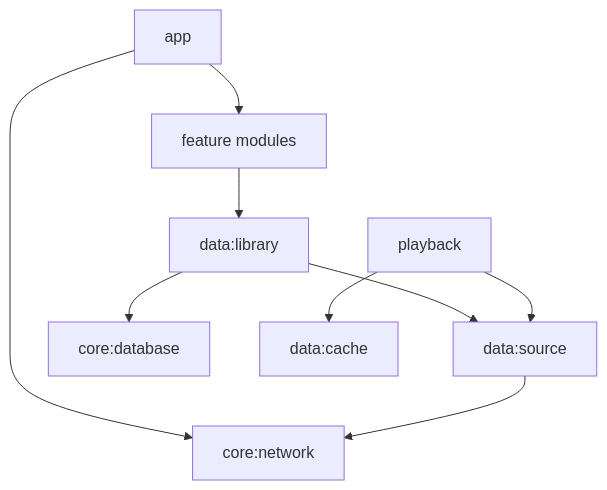
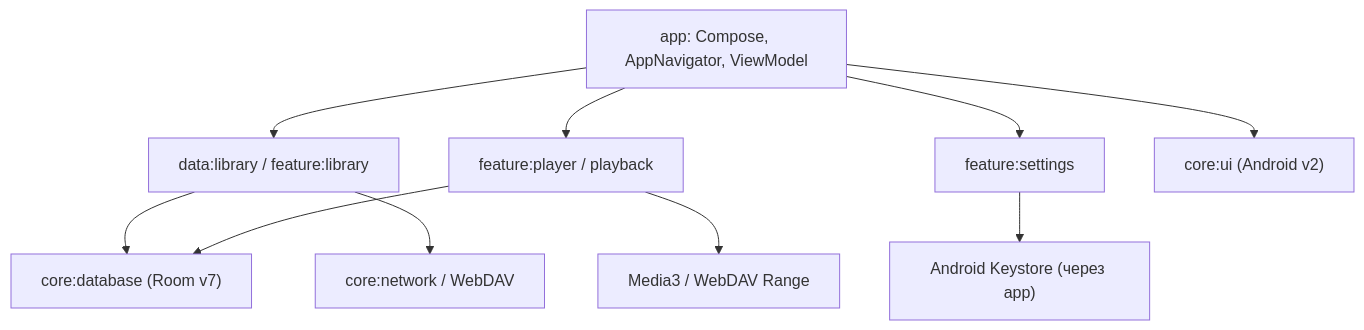
One commit to metravolokos/enoTone-android changed the diagram in docs/ARCHITECTURE.md. Above: the diagram before and after it, drawn with Mermaid. The commit also changed other lines of this file, not shown here.

Commit message:
docs(doc-01): актуализировать docs/ARCHITECTURE.md

````diff
--- a/docs/ARCHITECTURE.md
+++ b/docs/ARCHITECTURE.md
@@ -43,11 +10,12 @@
 ```mermaid
 flowchart TD
-  app[app] --> feature[feature modules]
-  app --> network[core:network]
-  feature --> data[data:library]
-  data --> source[data:source]
-  source --> network
-  data --> db[core:database]
-  playback --> source
-  playback --> cache[data:cache]
+  UI["app: Compose, AppNavigator, ViewModel"] --> Lib["data:library / feature:library"]
+  UI --> Player["feature:player / playback"]
+  UI --> Settings["feature:settings"]
+  Lib --> DB["core:database (Room v7)"]
+  Lib --> Net["core:network / WebDAV"]
+  Player --> Audio["Media3 / WebDAV Range"]
+  Player --> DB
+  Settings --> Vault["Android Keystore (через app)"]
+  UI --> CoreUI["core:ui (Android v2)"]
 ```
````
